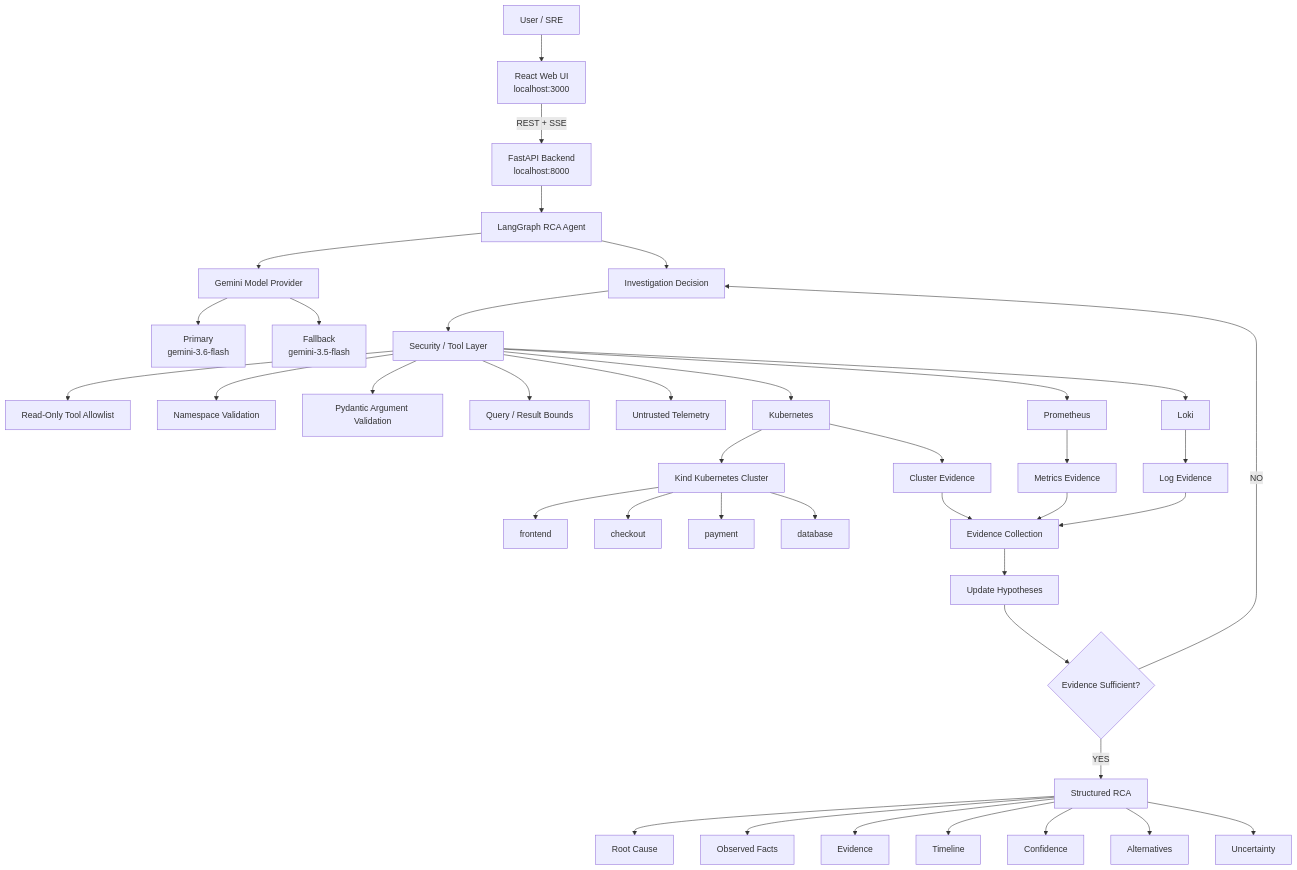
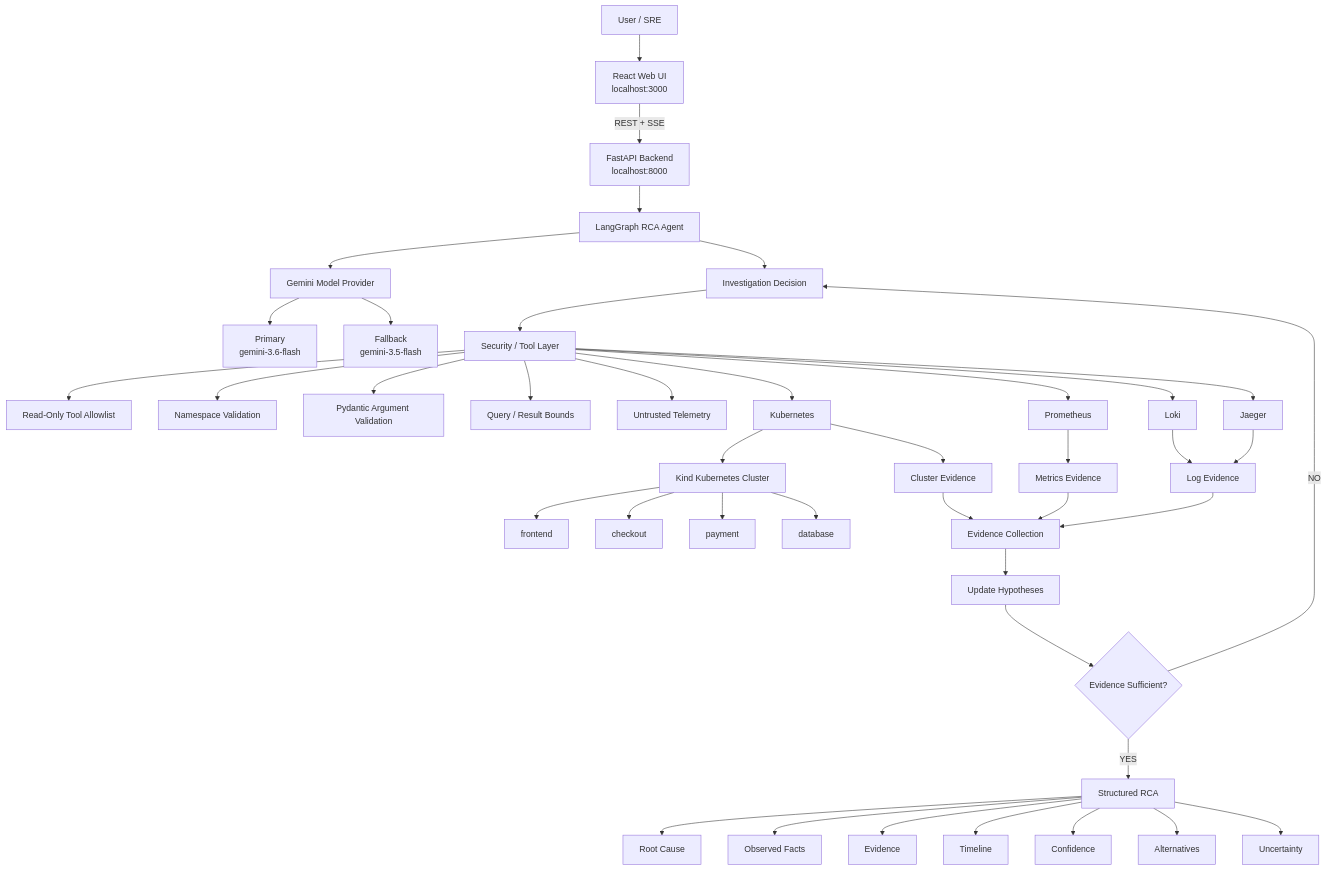
Before and after one commit to stewieg366-del/kubernetes-RCA-agent: the diagram in README.md, drawn with Mermaid. The commit also changed other lines of this file, not shown here.

````diff
--- a/README.md
+++ b/README.md
@@ -8,55 +8,57 @@
 ```mermaid
 flowchart TD
     A[User / SRE] --> B[React Web UI<br/>localhost:3000]
 
     B -->|REST + SSE| C[FastAPI Backend<br/>localhost:8000]
 
     C --> D[LangGraph RCA Agent]
 
     D --> E[Gemini Model Provider]
     E --> E1[Primary<br/>gemini-3.6-flash]
     E --> E2[Fallback<br/>gemini-3.5-flash]
 
     D --> F[Investigation Decision]
 
     F --> G[Security / Tool Layer]
 
     G --> G1[Read-Only Tool Allowlist]
     G --> G2[Namespace Validation]
     G --> G3[Pydantic Argument Validation]
     G --> G4[Query / Result Bounds]
     G --> G5[Untrusted Telemetry]
 
     G --> H[Kubernetes]
     G --> I[Prometheus]
     G --> J[Loki]
+    G --> T[Jaeger]
+    T --> M[Log Evidence]
 
     H --> K[Kind Kubernetes Cluster]
     K --> K1[frontend]
     K --> K2[checkout]
     K --> K3[payment]
     K --> K4[database]
 
     I --> L[Metrics Evidence]
     J --> M[Log Evidence]
     H --> N[Cluster Evidence]
 
     L --> O[Evidence Collection]
     M --> O
     N --> O
 
     O --> P[Update Hypotheses]
 
     P --> Q{Evidence Sufficient?}
 
     Q -->|NO| F
     Q -->|YES| R[Structured RCA]
 
     R --> R1[Root Cause]
     R --> R2[Observed Facts]
     R --> R3[Evidence]
     R --> R4[Timeline]
     R --> R5[Confidence]
     R --> R6[Alternatives]
     R --> R7[Uncertainty]
 ```
````
